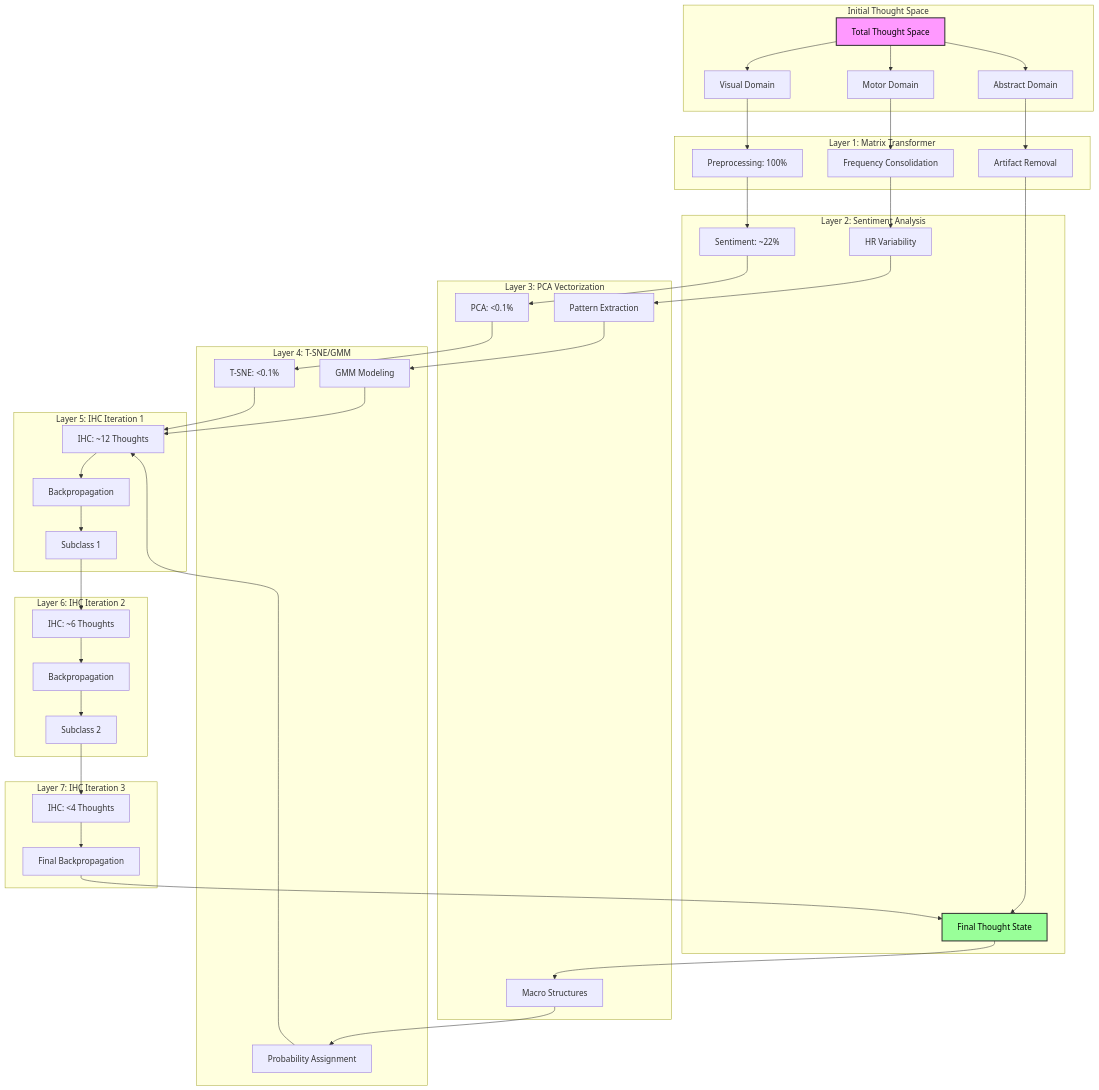
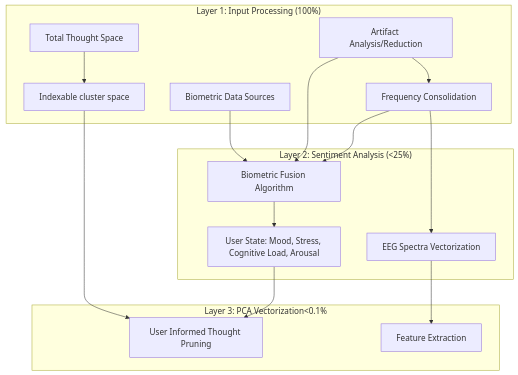
One commit to MatthewLaw1/Synaptic-Engine changed the first of 6 diagrams in README.md. Above: the diagram before and after it, drawn with Mermaid. The commit also changed other lines of this file, not shown here.

````diff
--- a/README.md
+++ b/README.md
@@ -93,54 +88,29 @@
 ```mermaid
-graph TD
-    subgraph "Initial Thought Space"
+graph TB
+    subgraph "Layer 1: Input Processing (100%)"
+        FC[Frequency Consolidation]
         T[Total Thought Space]
-        T --> V[Visual Domain]
-        T --> M[Motor Domain]
-        T --> A[Abstract Domain]
+        AR[Artifact Analysis/Reduction]
+        BI[Biometric Data Sources]
+        IN[Indexable cluster space]
     end
-
-    subgraph "Layer 1: Matrix Transformer"
-        V --> PP[Preprocessing: 100%]
-        M --> FC[Frequency Consolidation]
-        A --> AR[Artifact Removal]
+    
+    AR-->FC
+    T-->IN
+    IN-->MS
+    subgraph Layer2["Layer 2: Sentiment Analysis (<25%)"]
+        
+        HV["EEG Spectra Vectorization"]
+        FU[Biometric Fusion Algorithm]
+        FU-->US["User State: Mood, Stress, Cognitive Load, Arousal"]
     end
-
-    subgraph "Layer 2: Sentiment Analysis"
-        PP --> SA[Sentiment: ~22%]
-        FC --> HV[HR Variability]
-        AR --> FT[Facial Tone]
+    BI-->FU
+    FC --> HV
+    FC-->FU
+    AR --> FU
+    subgraph "Layer 3: PCA Vectorization<0.1%"
+        PE[Feature Extraction]
+        US-->MS[User Informed Thought Pruning]
     end
-
-    subgraph "Layer 3: PCA Vectorization"
-        SA --> PV[PCA: <0.1%]
-        HV --> PE[Pattern Extraction]
-        FT --> MS[Macro Structures]
-    end
-
-    subgraph "Layer 4: T-SNE/GMM"
-        PV --> TS[T-SNE: <0.1%]
-        PE --> GM[GMM Modeling]
-        MS --> PA[Probability Assignment]
-    end
-
-    subgraph "Layer 5: IHC Iteration 1"
-        TS & GM & PA --> IH1[IHC: ~12 Thoughts]
-        IH1 --> BP1[Backpropagation]
-        BP1 --> SC1[Subclass 1]
-    end
-
-    subgraph "Layer 6: IHC Iteration 2"
-        SC1 --> IH2[IHC: ~6 Thoughts]
-        IH2 --> BP2[Backpropagation]
-        BP2 --> SC2[Subclass 2]
-    end
-
-    subgraph "Layer 7: IHC Iteration 3"
-        SC2 --> IH3[IHC: <4 Thoughts]
-        IH3 --> BP3[Final Backpropagation]
-        BP3 --> FT[Final Thought State]
-    end
-
-    style T fill:#f9f,stroke:#333,stroke-width:2px,color:#000
-    style FT fill:#9f9,stroke:#333,stroke-width:2px,color:#000
+		HV --> PE
 ```
````
